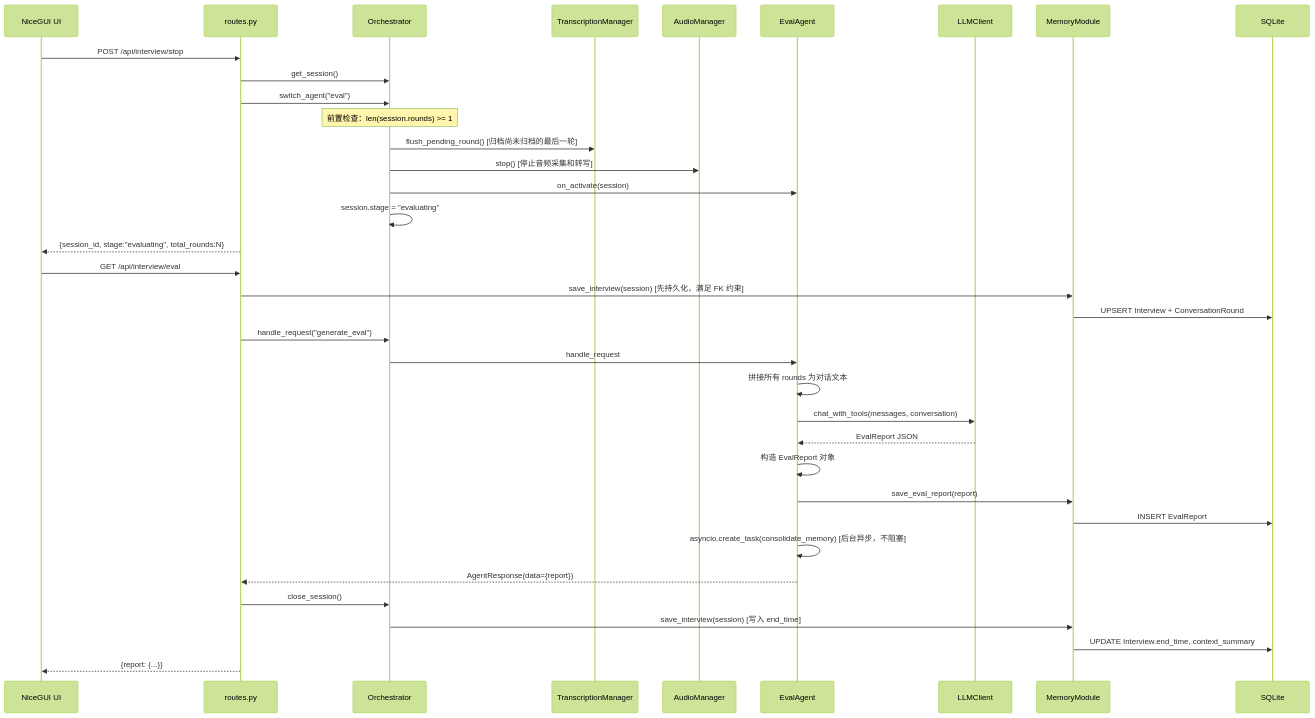
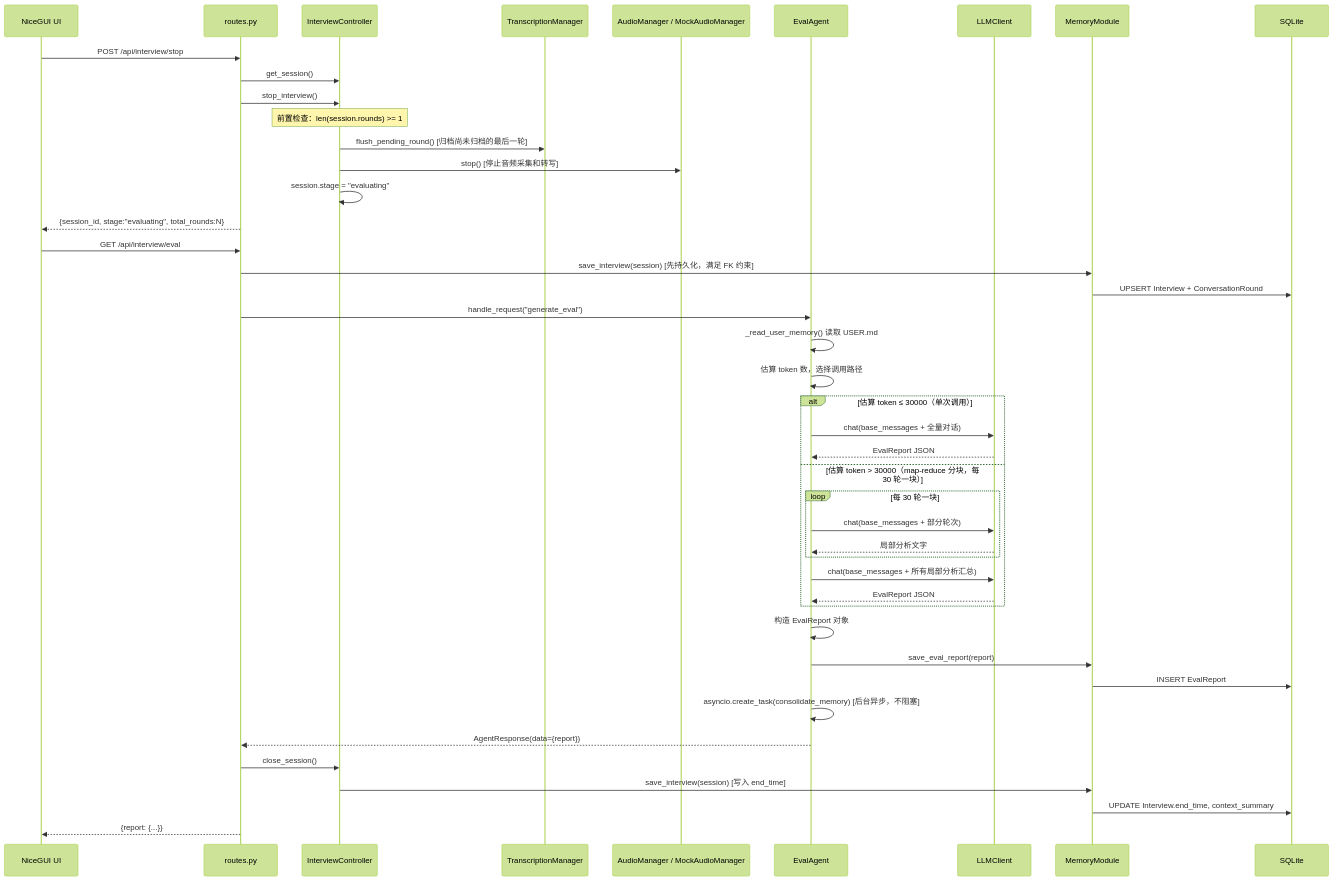
One commit to dygcjlu/interviewer-assistant changed the fifth of 5 diagrams in docs/arc/flows.md. Above: the diagram before and after it, drawn with Mermaid (forest theme). The commit also changed other lines of this file and 20 other files, not shown here.

First line of the commit message:
feat: 讯飞STT集成、MockAudio调试模式、InterviewAgent结构化追问

````diff
--- a/docs/arc/flows.md
+++ b/docs/arc/flows.md
@@ -188,40 +187,48 @@
 ```mermaid
 sequenceDiagram
     participant UI as NiceGUI UI
     participant REST as routes.py
-    participant Orch as Orchestrator
+    participant IC as InterviewController
     participant TM as TranscriptionManager
-    participant AM as AudioManager
+    participant AM as AudioManager / MockAudioManager
     participant EA as EvalAgent
     participant LLM as LLMClient
     participant MM as MemoryModule
     participant DB as SQLite
 
     UI->>REST: POST /api/interview/stop
-    REST->>Orch: get_session()
-    REST->>Orch: switch_agent("eval")
-    Note over Orch: 前置检查：len(session.rounds) >= 1
-    Orch->>TM: flush_pending_round() [归档尚未归档的最后一轮]
-    Orch->>AM: stop() [停止音频采集和转写]
-    Orch->>EA: on_activate(session)
-    Orch->>Orch: session.stage = "evaluating"
+    REST->>IC: get_session()
+    REST->>IC: stop_interview()
+    Note over IC: 前置检查：len(session.rounds) >= 1
+    IC->>TM: flush_pending_round() [归档尚未归档的最后一轮]
+    IC->>AM: stop() [停止音频采集和转写]
+    IC->>IC: session.stage = "evaluating"
     REST-->>UI: {session_id, stage:"evaluating", total_rounds:N}
 
     UI->>REST: GET /api/interview/eval
     REST->>MM: save_interview(session) [先持久化，满足 FK 约束]
     MM->>DB: UPSERT Interview + ConversationRound
-    REST->>Orch: handle_request("generate_eval")
-    Orch->>EA: handle_request
-    EA->>EA: 拼接所有 rounds 为对话文本
-    EA->>LLM: chat_with_tools(messages, conversation)
-    LLM-->>EA: EvalReport JSON
+    REST->>EA: handle_request("generate_eval")
+    EA->>EA: _read_user_memory() 读取 USER.md
+    EA->>EA: 估算 token 数，选择调用路径
+    alt 估算 token ≤ 30000（单次调用）
+        EA->>LLM: chat(base_messages + 全量对话)
+        LLM-->>EA: EvalReport JSON
+    else 估算 token > 30000（map-reduce 分块，每 30 轮一块）
+        loop 每 30 轮一块
+            EA->>LLM: chat(base_messages + 部分轮次)
+            LLM-->>EA: 局部分析文字
+        end
+        EA->>LLM: chat(base_messages + 所有局部分析汇总)
+        LLM-->>EA: EvalReport JSON
+    end
     EA->>EA: 构造 EvalReport 对象
     EA->>MM: save_eval_report(report)
     MM->>DB: INSERT EvalReport
     EA->>EA: asyncio.create_task(consolidate_memory) [后台异步，不阻塞]
     EA-->>REST: AgentResponse(data={report})
-    REST->>Orch: close_session()
-    Orch->>MM: save_interview(session) [写入 end_time]
+    REST->>IC: close_session()
+    IC->>MM: save_interview(session) [写入 end_time]
     MM->>DB: UPDATE Interview.end_time, context_summary
     REST-->>UI: {report: {...}}
 ```
````
